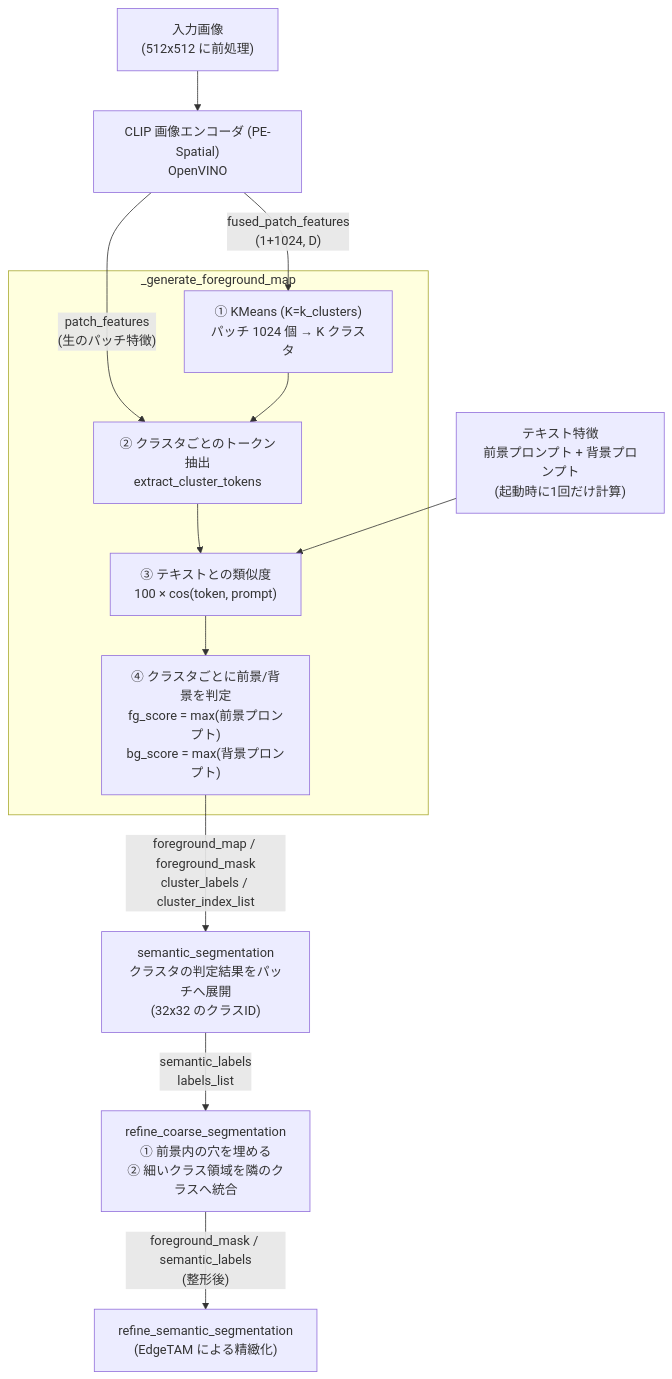
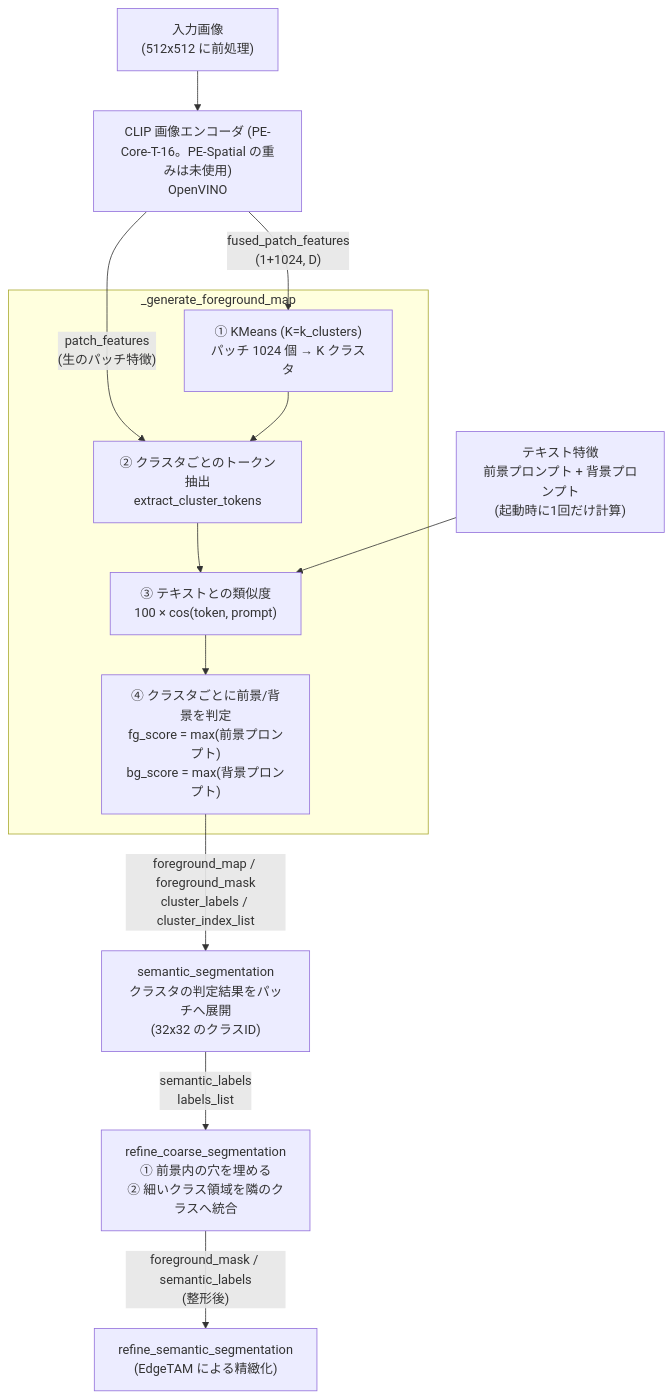
Before and after one commit to fklg-64/pe_anything_detect: the first of 5 diagrams in docs/coarse_segmentation.md, drawn with Mermaid. The commit also changed other lines of this file and 10 other files, not shown here.

````diff
--- a/docs/coarse_segmentation.md
+++ b/docs/coarse_segmentation.md
@@ -20,20 +20,20 @@
 ```mermaid
 flowchart TD
-    IMG["入力画像<br/>(512x512 に前処理)"] --> CLIP["CLIP 画像エンコーダ (PE-Spatial)<br/>OpenVINO"]
+    IMG["入力画像<br/>(512x512 に前処理)"] --> CLIP["CLIP 画像エンコーダ (PE-Core-T-16。PE-Spatial の重みは未使用)<br/>OpenVINO"]
     CLIP -->|"fused_patch_features<br/>(1+1024, D)"| KM
     CLIP -->|"patch_features<br/>(生のパッチ特徴)"| POOL
 
     subgraph GFM["_generate_foreground_map"]
         KM["① KMeans (K=k_clusters)<br/>パッチ 1024 個 → K クラスタ"]
         POOL["② クラスタごとのトークン抽出<br/>extract_cluster_tokens"]
         SIM["③ テキストとの類似度<br/>100 × cos(token, prompt)"]
         DEC["④ クラスタごとに前景/背景を判定<br/>fg_score = max(前景プロンプト)<br/>bg_score = max(背景プロンプト)"]
         KM --> POOL --> SIM --> DEC
     end
 
     TXT["テキスト特徴<br/>前景プロンプト + 背景プロンプト<br/>(起動時に1回だけ計算)"] --> SIM
 
     DEC -->|"foreground_map / foreground_mask<br/>cluster_labels / cluster_index_list"| SEM["semantic_segmentation<br/>クラスタの判定結果をパッチへ展開<br/>(32x32 のクラスID)"]
     SEM -->|"semantic_labels<br/>labels_list"| REF["refine_coarse_segmentation<br/>① 前景内の穴を埋める<br/>② 細いクラス領域を隣のクラスへ統合"]
     REF -->|"foreground_mask / semantic_labels<br/>(整形後)"| NEXT["refine_semantic_segmentation<br/>(EdgeTAM による精緻化)"]
 ```
````
